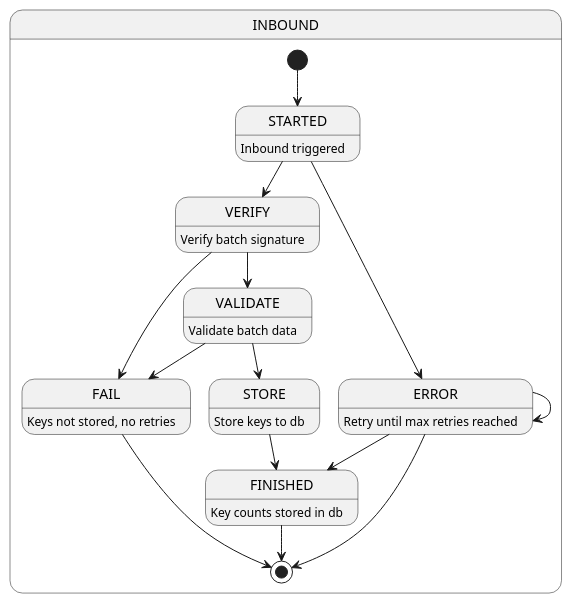
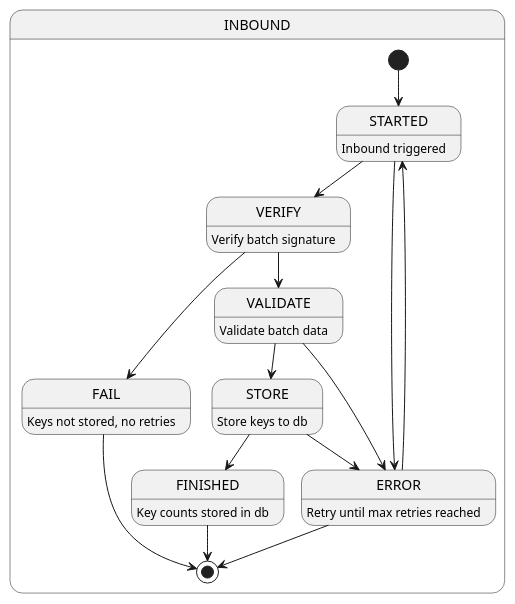
The diagram in documentation/plantuml/efgs_inbound.pu (THLfi/koronavilkku-backend), drawn with PlantUML before and after one commit. The commit also changed 1 other file, not shown here.

Commit message:
sanitized inbound diagram

```diff
--- a/documentation/plantuml/efgs_inbound.pu
+++ b/documentation/plantuml/efgs_inbound.pu
@@ -1,25 +1,25 @@
 @startuml
 
 state INBOUND {
     [*] --> STARTED
     STARTED : Inbound triggered
     STARTED --> VERIFY
     VERIFY : Verify batch signature
     VERIFY --> VALIDATE
     VALIDATE : Validate batch data
     VALIDATE --> STORE
     STORE : Store keys to db
     STORE --> FINISHED
     STARTED --> ERROR
     VERIFY --> FAIL
-    VALIDATE --> FAIL
-    ERROR --> FINISHED
-    ERROR --> ERROR
+    VALIDATE --> ERROR
+    STORE --> ERROR
+    ERROR --> STARTED
     ERROR : Retry until max retries reached
     FINISHED : Key counts stored in db
     FAIL : Keys not stored, no retries
     FINISHED --> [*]
     ERROR --> [*]
     FAIL --> [*]
 }
 @enduml
```
